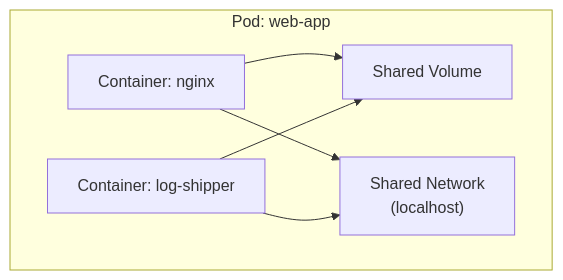
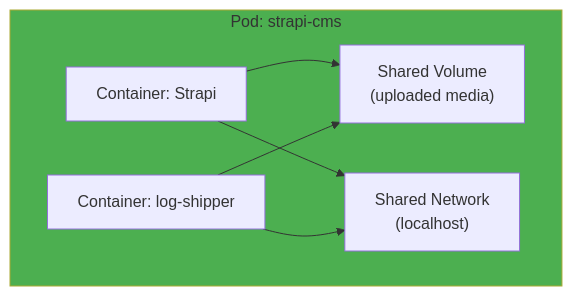
The third of 11 diagrams in DevOps/02-Engineering/04-Container-Orchestration.md (PearlThoughtsInternship/Internship-Obsidian-Vault), drawn with Mermaid before and after one commit. The commit also changed other lines of this file and 1 other file, not shown here.

First line of the commit message:
docs: Container orchestration & GitOps with ContentAI product context

````diff
--- a/DevOps/02-Engineering/04-Container-Orchestration.md
+++ b/DevOps/02-Engineering/04-Container-Orchestration.md
@@ -105,14 +106,16 @@
 ```mermaid
 flowchart TB
-    subgraph Pod["Pod: web-app"]
-        C1["Container: nginx"]
+    subgraph Pod["Pod: strapi-cms"]
+        C1["Container: Strapi"]
         C2["Container: log-shipper"]
-        Vol["Shared Volume"]
+        Vol["Shared Volume\n(uploaded media)"]
         Net["Shared Network\n(localhost)"]
 
         C1 --> Vol
         C2 --> Vol
         C1 --> Net
         C2 --> Net
     end
+
+    style Pod fill:#4CAF50
 ```
````
